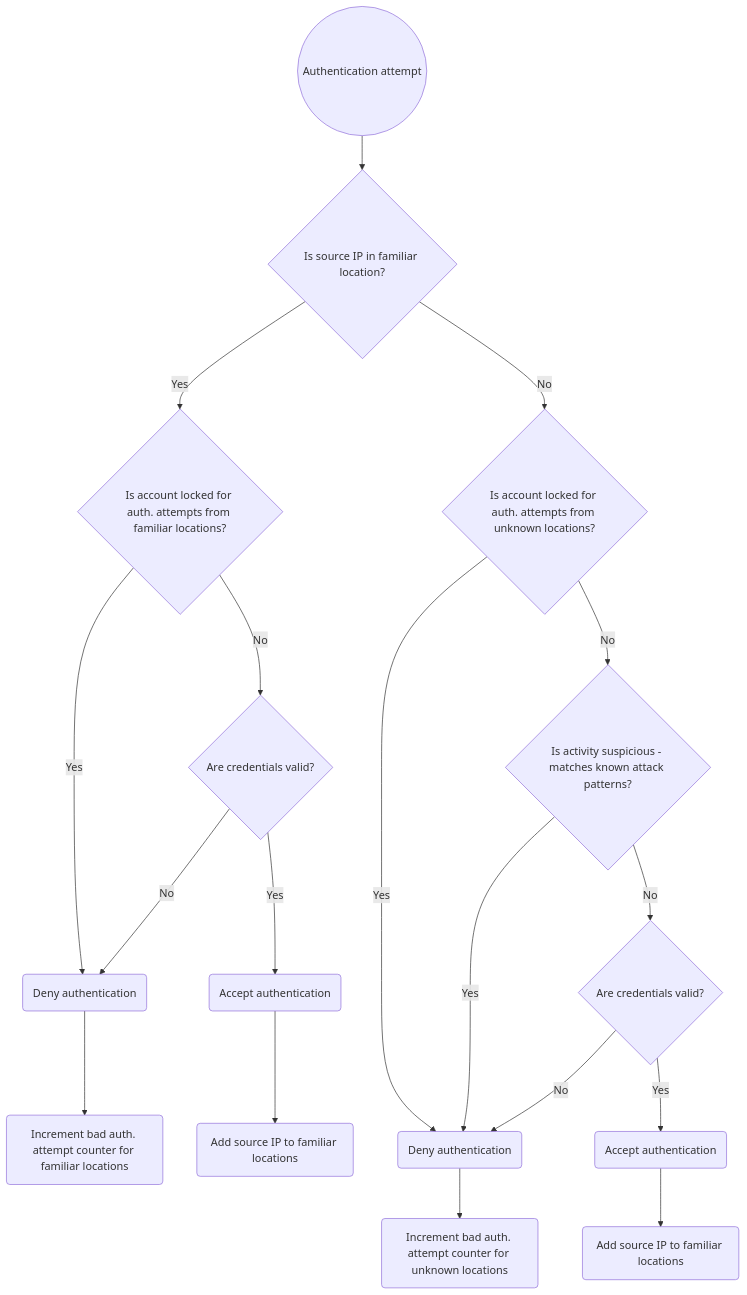
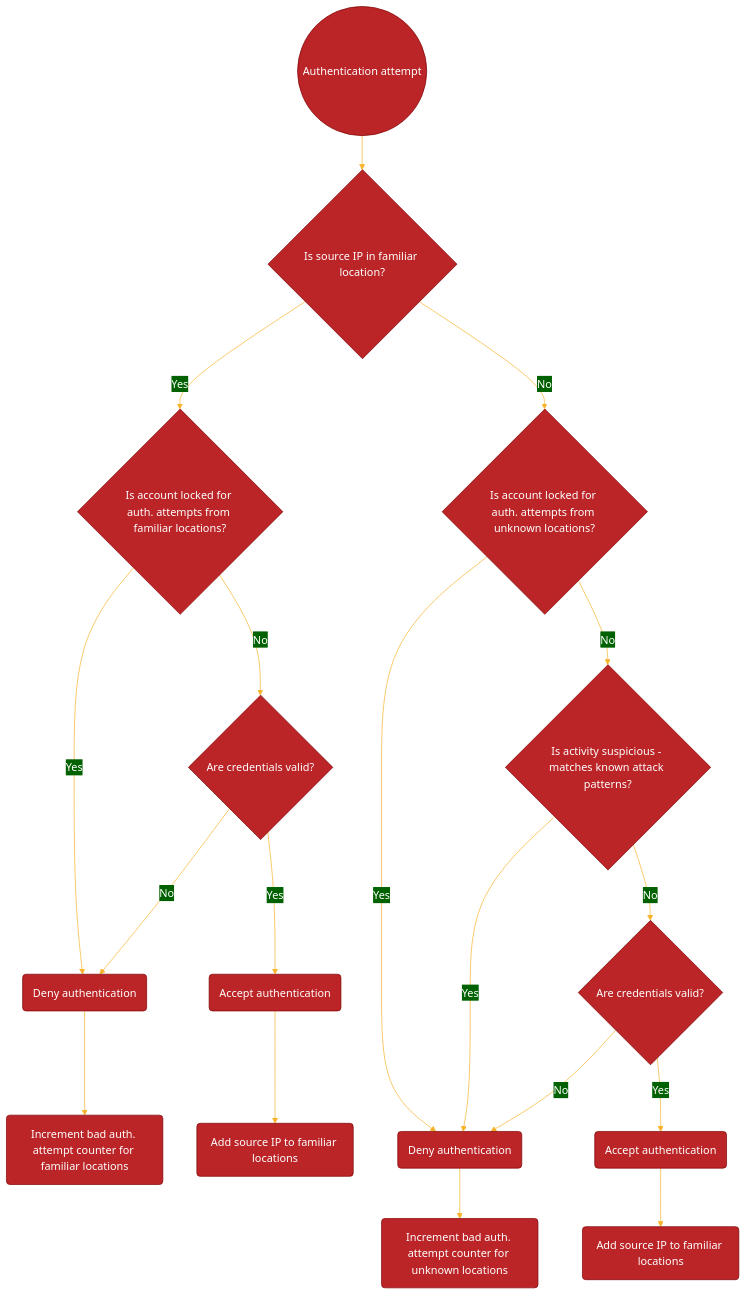
The diagram in _posts/2024-11-24-Entra-ID-Smart-Lockout.md (lucas-ko/lucas-ko.github.io), drawn with Mermaid before and after one commit.

````diff
--- a/_posts/2024-11-24-Entra-ID-Smart-Lockout.md
+++ b/_posts/2024-11-24-Entra-ID-Smart-Lockout.md
@@ -32,35 +32,48 @@
 ```mermaid
+%%{
+  init: {
+    'theme': 'base',
+    'themeVariables': {
+      'primaryColor': '#BB2528',
+      'primaryTextColor': '#fff',
+      'primaryBorderColor': '#7C0000',
+      'lineColor': '#F8B229',
+      'secondaryColor': '#006100',
+      'tertiaryColor': '#fff'
+    }
+  }
+}%%
 flowchart TD
     Start@{ shape: circle, label: "Authentication attempt" }
     Is_IPFamiliar@{ shape: diamond, label: "Is source IP in familiar location?" }
     Fam_Is_AccountLocked@{ shape: diamond, label: "Is account locked for auth. attempts from familiar locations?" }
     Unfam_Is_AccountLocked@{ shape: diamond, label: "Is account locked for auth. attempts from unknown locations?" }
     Fam_Deny@{ shape: rounded, label: "Deny authentication" }
     Unfam_Deny@{ shape: rounded, label: "Deny authentication" }
     Unfam_CredsOK@{ shape: diamond, label: "Are credentials valid?" }
     Fam_CredsOK@{ shape: diamond, label: "Are credentials valid?" }
     Fam_AllowAuth@{ shape: rounded, label: "Accept authentication" }
     Unfam_AllowAuth@{ shape: rounded, label: "Accept authentication" }
     Fam_AddIP@{ shape: rounded, label: "Add source IP to familiar locations" }
     Unfam_AddIP@{ shape: rounded, label: "Add source IP to familiar locations" }
     Fam_IncrementCounter@{ shape: rounded, label: "Increment bad auth. attempt counter for familiar locations" }
     Unfam_IncrementCounter@{ shape: rounded, label: "Increment bad auth. attempt counter for unknown locations" }
     Unfam_Is_Suspicious@{ shape: diamond, label: "Is activity suspicious - matches known attack patterns?" }
 Start --> Is_IPFamiliar
 Is_IPFamiliar-->|Yes|Fam_Is_AccountLocked
 Is_IPFamiliar-->|No|Unfam_Is_AccountLocked
 Fam_Is_AccountLocked-->|Yes|Fam_Deny
 Fam_Is_AccountLocked-->|No|Fam_CredsOK
 Fam_CredsOK-->|No|Fam_Deny
 Fam_CredsOK-->|Yes|Fam_AllowAuth
 Fam_AllowAuth-->Fam_AddIP
 Fam_Deny-->Fam_IncrementCounter
 Unfam_Is_AccountLocked-->|Yes|Unfam_Deny
 Unfam_Is_AccountLocked-->|No|Unfam_Is_Suspicious
 Unfam_Is_Suspicious-->|Yes|Unfam_Deny
 Unfam_Is_Suspicious-->|No|Unfam_CredsOK
 Unfam_CredsOK-->|No|Unfam_Deny
 Unfam_CredsOK-->|Yes|Unfam_AllowAuth
 Unfam_AllowAuth-->Unfam_AddIP
 Unfam_Deny-->Unfam_IncrementCounter
 ```
````
